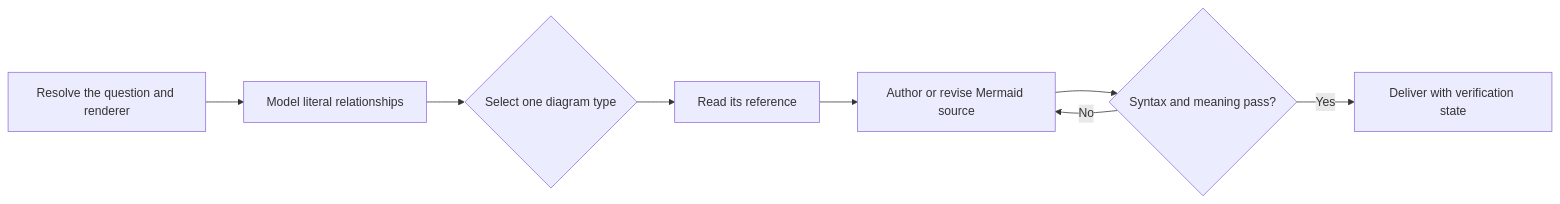
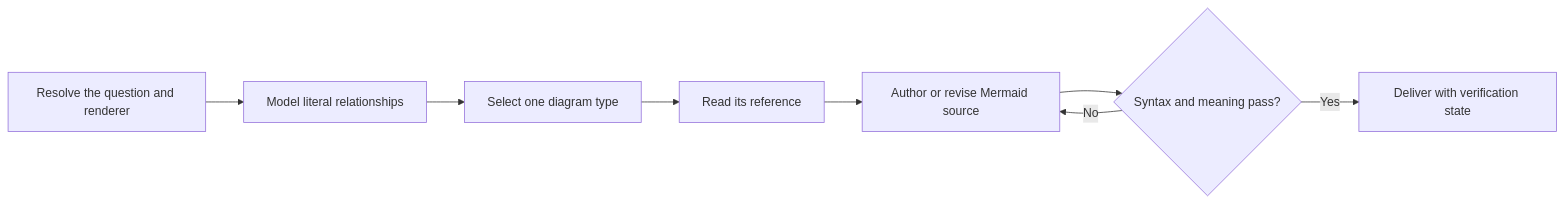
The diagram in plugin/skills/ptlam-mermaiding/SKILL.md (fam-tung-lam/ptlam-agent-plugin), drawn with Mermaid before and after one commit. The commit also changed 60 other files, not shown here.

First line of the commit message:
refactor(skills): make skill instructions diagram-first

````diff
--- a/plugin/skills/ptlam-mermaiding/SKILL.md
+++ b/plugin/skills/ptlam-mermaiding/SKILL.md
@@ -12,10 +12,10 @@
 ```mermaid
 flowchart LR
-    Resolve[Resolve the question and renderer] --> Model[Model literal relationships]
-    Model --> Select{Select one diagram type}
-    Select --> Route[Read its reference]
-    Route --> Author[Author or revise Mermaid source]
-    Author --> Verify{Syntax and meaning pass?}
-    Verify -- No --> Author
-    Verify -- Yes --> Deliver[Deliver with verification state]
+    ResolveQuestion["Resolve the question and renderer"] --> ModelRelationships["Model literal relationships"]
+    ModelRelationships --> SelectType["Select one diagram type"]
+    SelectType --> ReadTypeReference["Read its reference"]
+    ReadTypeReference --> AuthorSource["Author or revise Mermaid source"]
+    AuthorSource --> VerifySource{"Syntax and meaning pass?"}
+    VerifySource -->|"No"| AuthorSource
+    VerifySource -->|"Yes"| DeliverDiagram["Deliver with verification state"]
 ```
````
